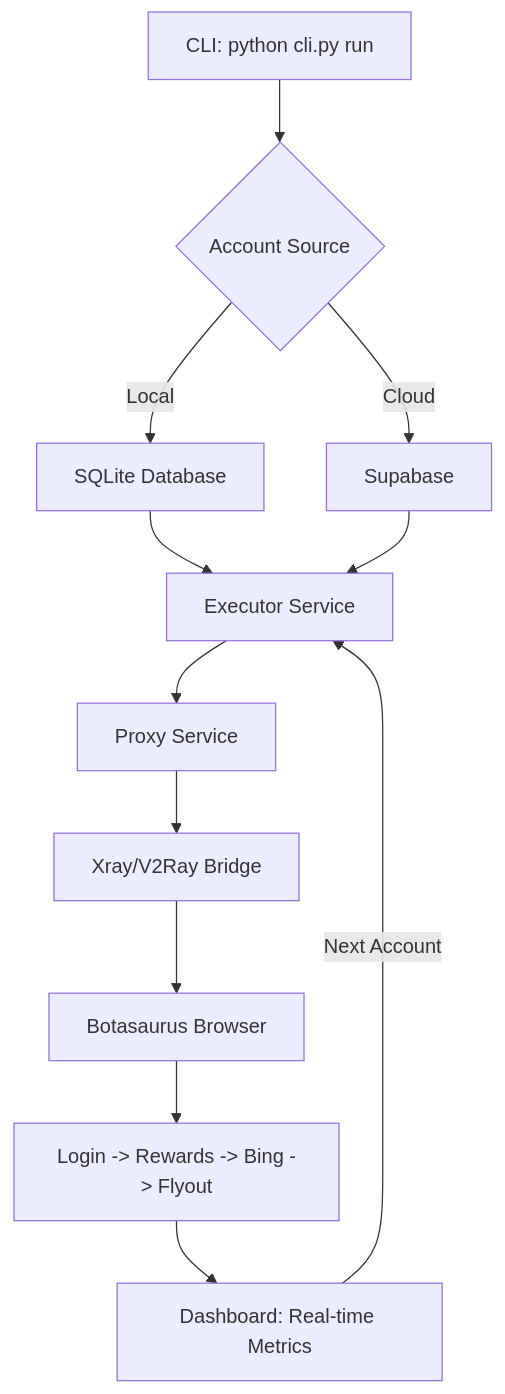
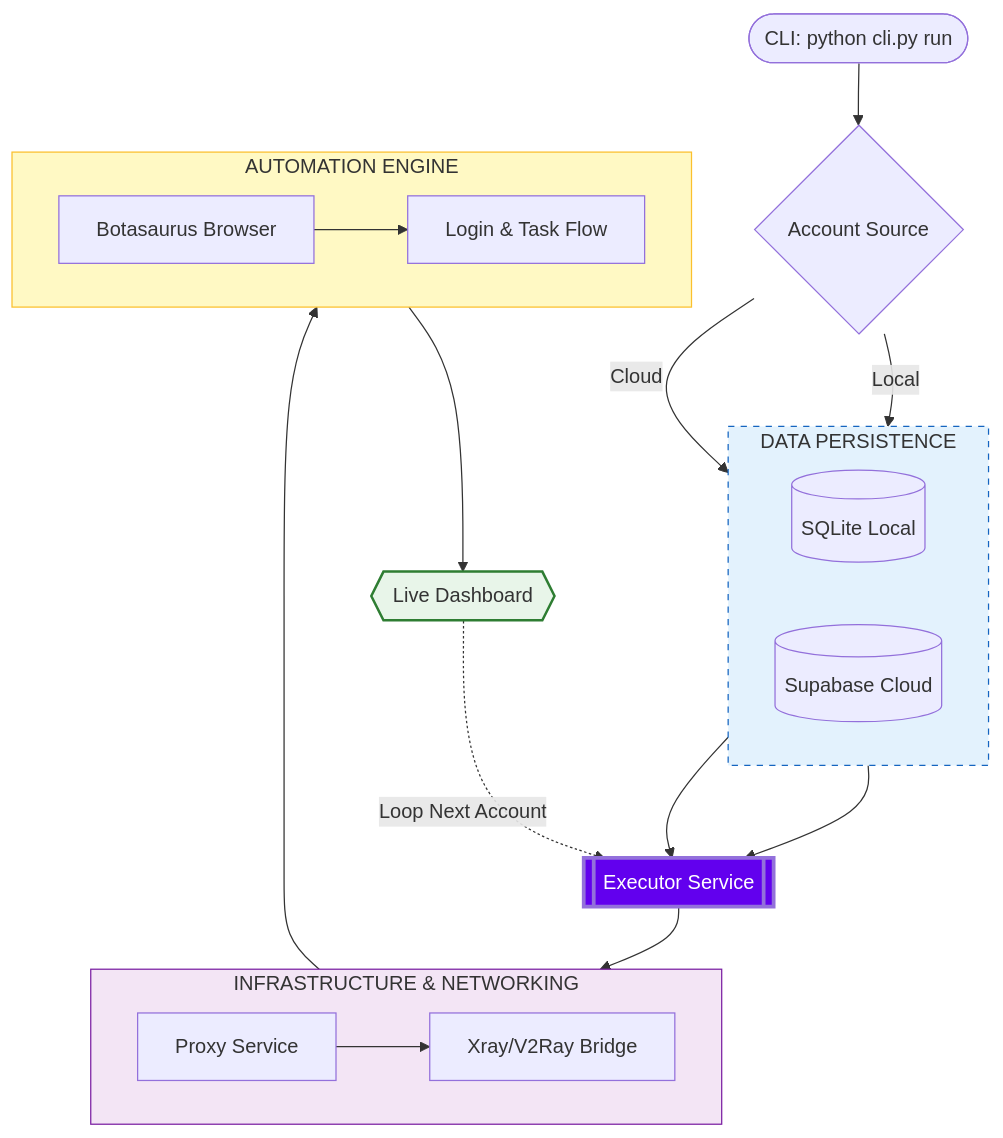
Before and after one commit to leonifrazao/RaxyMS-Security-Audit: the diagram in README.md, drawn with Mermaid.

````diff
--- a/README.md
+++ b/README.md
@@ -231,13 +231,44 @@
 ```mermaid
 flowchart TD
-    A[CLI: python cli.py run] --> B{Account Source}
-    B -->|Local| C[SQLite Database]
-    B -->|Cloud| D[Supabase]
-    C & D --> E[Executor Service]
-    E --> F[Proxy Service]
-    F --> G[Xray/V2Ray Bridge]
-    G --> H[Botasaurus Browser]
-    H --> I[Login -> Rewards -> Bing -> Flyout]
-    I --> J[Dashboard: Real-time Metrics]
-    J -->|Next Account| E
+    %% Top Level
+    CLI([CLI: python cli.py run]) --> SRC{Account Source}
+
+    %% Row 1: Data Layer
+    subgraph DATA [DATA PERSISTENCE]
+        direction LR
+        SQL[(SQLite Local)] 
+        SUP[(Supabase Cloud)]
+    end
+    
+    SRC -->|Local| SQL
+    SRC -->|Cloud| SUP
+
+    %% Row 2: Core Logic & Network
+    SQL & SUP --> EXE[[Executor Service]]
+
+    subgraph INFRA [INFRASTRUCTURE & NETWORKING]
+        direction LR
+        PRX[Proxy Service] --> BRG[Xray/V2Ray Bridge]
+    end
+
+    EXE --> INFRA
+
+    %% Row 3: Execution & Output
+    subgraph EXEC [AUTOMATION ENGINE]
+        direction LR
+        BOT[Botasaurus Browser] --> FLOW[Login & Task Flow]
+    end
+
+    INFRA --> EXEC
+    EXEC --> DSH{{Live Dashboard}}
+
+    %% Feedback Loop
+    DSH -.->|Loop Next Account| EXE
+
+    %% Styling for "Premium" look
+    style EXE fill:#6200ee,color:#fff,stroke-width:3px
+    style DATA fill:#e3f2fd,stroke:#1565c0,stroke-dasharray: 5 5
+    style INFRA fill:#f3e5f5,stroke:#7b1fa2
+    style EXEC fill:#fff9c4,stroke:#fbc02d
+    style DSH fill:#e8f5e9,stroke:#2e7d32,stroke-width:2px
 ```
````
